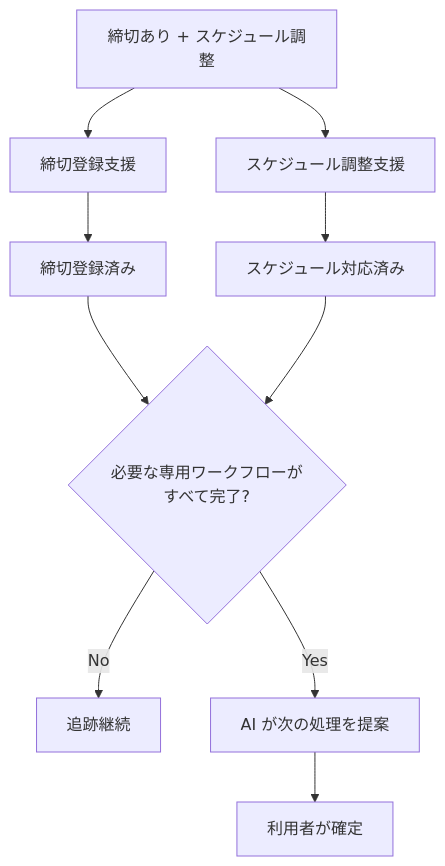
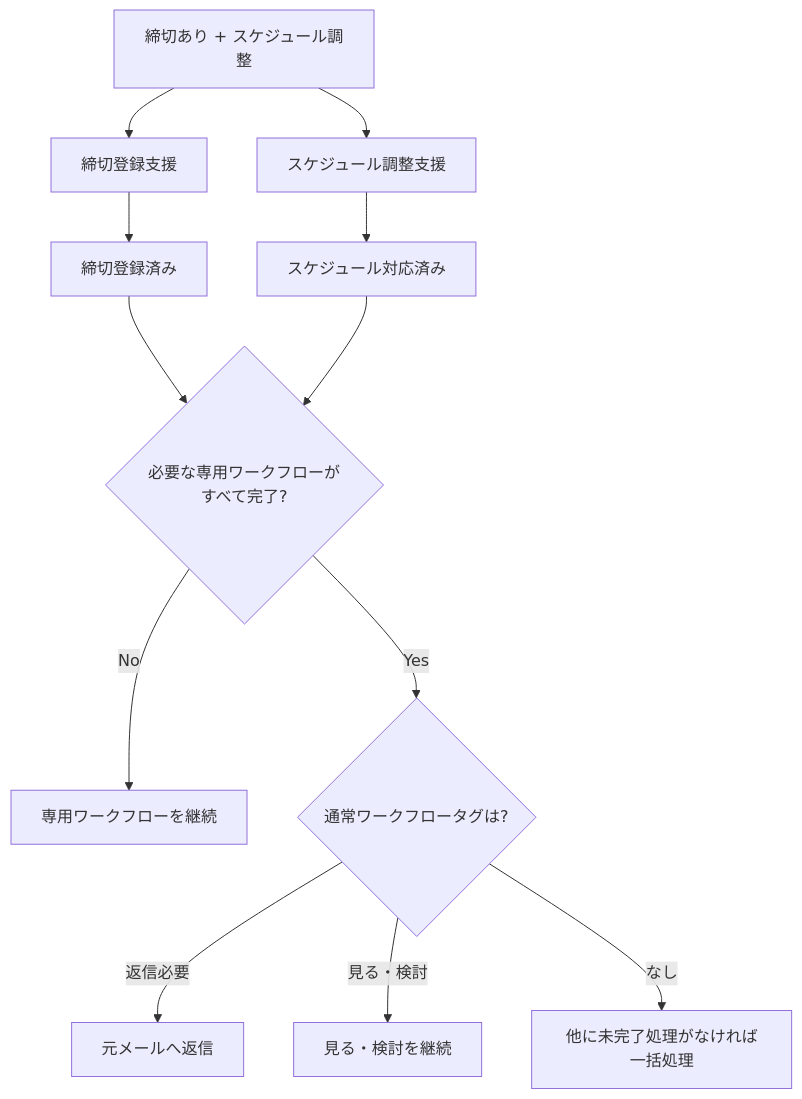
Before and after one commit to a3suger/WorkInBox: the third of 3 diagrams in docs/design_workflow.md, drawn with Mermaid. The commit also changed other lines of this file, not shown here.

````diff
--- a/docs/design_workflow.md
+++ b/docs/design_workflow.md
@@ -623,12 +646,14 @@
 ```mermaid
 flowchart TD
     A[締切あり + スケジュール調整] --> B[締切登録支援]
     A --> C[スケジュール調整支援]
     B --> D[締切登録済み]
     C --> E[スケジュール対応済み]
     D --> F{必要な専用ワークフローがすべて完了?}
     E --> F
-    F -- No --> G[追跡継続]
-    F -- Yes --> H[AI が次の処理を提案]
-    H --> I[利用者が確定]
+    F -- No --> G[専用ワークフローを継続]
+    F -- Yes --> H{通常ワークフロータグは?}
+    H -->|返信必要| I[元メールへ返信]
+    H -->|見る・検討| J[見る・検討を継続]
+    H -->|なし| K[他に未完了処理がなければ一括処理]
 ```
````
